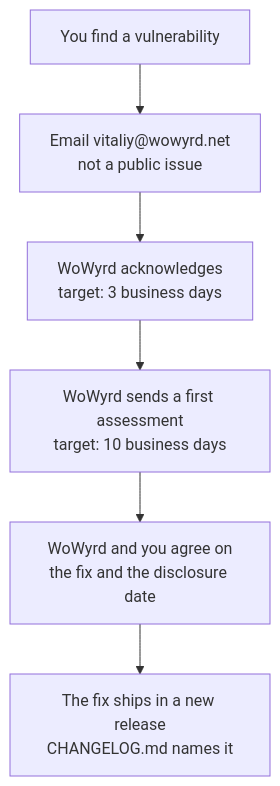
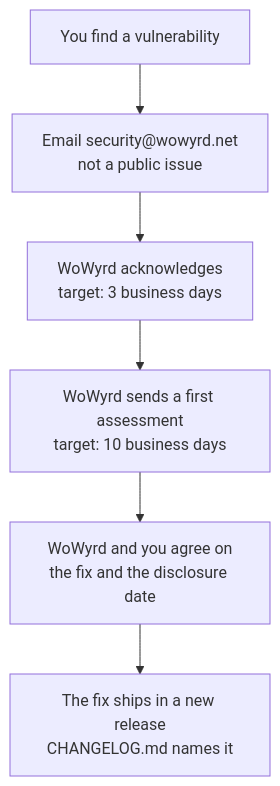
One commit to chavychaze/wowyrd-pub changed the diagram in SECURITY.md. Above: the diagram before and after it, drawn with Mermaid. The commit also changed other lines of this file, not shown here.

First line of the commit message:
SECURITY: report vulnerabilities to security@wowyrd.net

````diff
--- a/SECURITY.md
+++ b/SECURITY.md
@@ -7,8 +5,8 @@
 ```mermaid
 flowchart TD
-    A[You find a vulnerability] --> B[Email vitaliy@wowyrd.net<br/>not a public issue]
+    A[You find a vulnerability] --> B[Email security@wowyrd.net<br/>not a public issue]
     B --> C[WoWyrd acknowledges<br/>target: 3 business days]
     C --> D[WoWyrd sends a first assessment<br/>target: 10 business days]
     D --> E[WoWyrd and you agree on<br/>the fix and the disclosure date]
     E --> F[The fix ships in a new release<br/>CHANGELOG.md names it]
 ```
````
